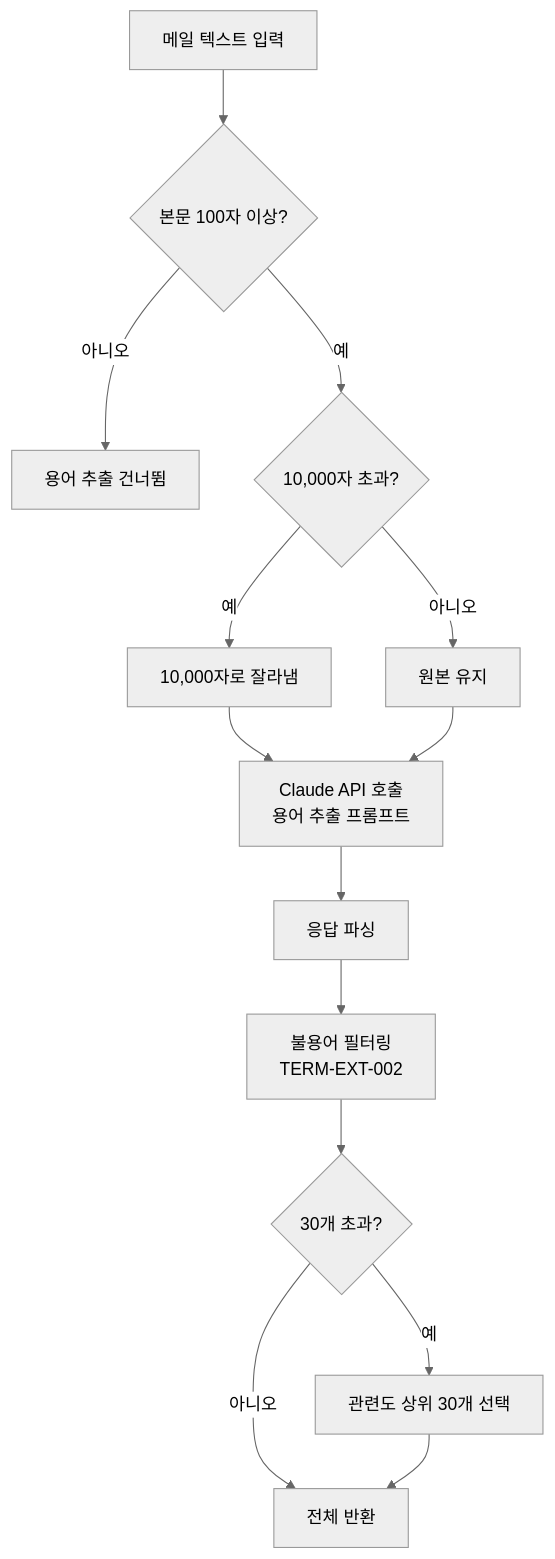
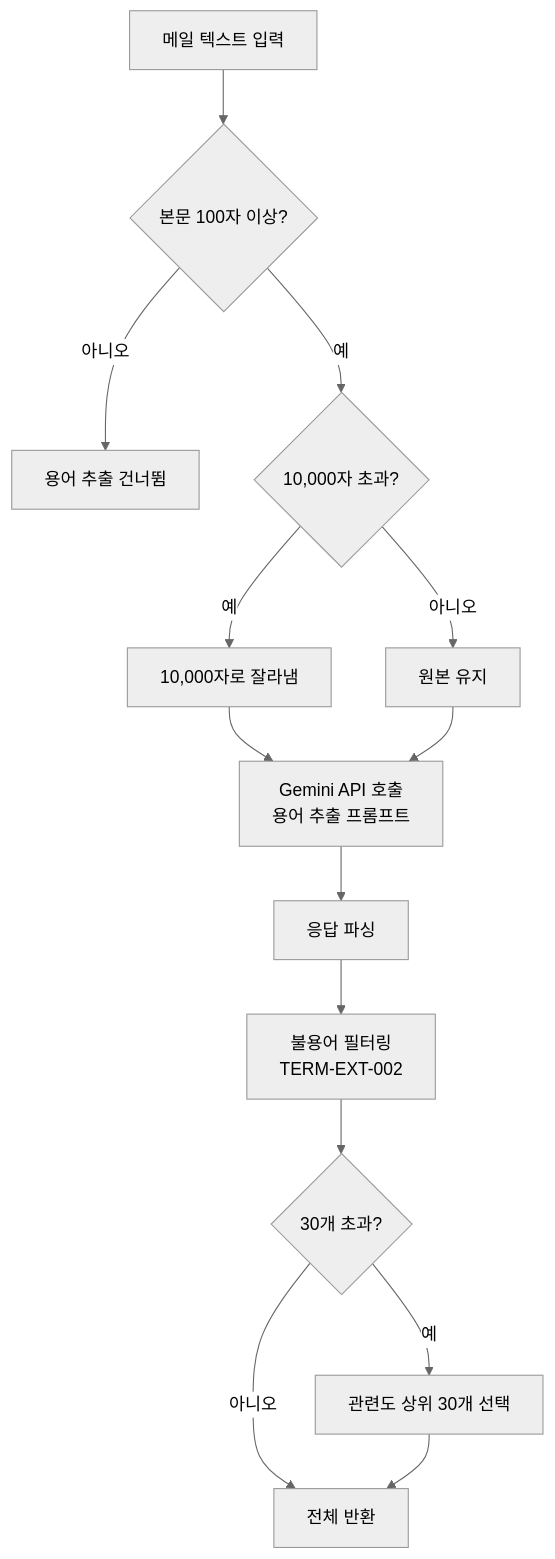
One commit to woongki-jung/Hackathon changed the diagram in docs/specs/functions/func_term-ext-001.md. Above: the diagram before and after it, drawn with Mermaid (neutral theme). The commit also changed other lines of this file and 10 other files, not shown here.

First line of the commit message:
feat: AI 엔진을 Claude API에서 Gemini API로 교체

````diff
--- a/docs/specs/functions/func_term-ext-001.md
+++ b/docs/specs/functions/func_term-ext-001.md
@@ -52,16 +52,16 @@
 ```mermaid
 flowchart TD
     A[메일 텍스트 입력] --> B{본문 100자 이상?}
     B -- 아니오 --> C[용어 추출 건너뜀]
     B -- 예 --> D{10,000자 초과?}
     D -- 예 --> E[10,000자로 잘라냄]
     D -- 아니오 --> F[원본 유지]
-    E --> G[Claude API 호출<br/>용어 추출 프롬프트]
+    E --> G[Gemini API 호출<br/>용어 추출 프롬프트]
     F --> G
     G --> H[응답 파싱]
     H --> I[불용어 필터링<br/>TERM-EXT-002]
     I --> J{30개 초과?}
     J -- 예 --> K[관련도 상위 30개 선택]
     J -- 아니오 --> L[전체 반환]
     K --> L
 ```
````
